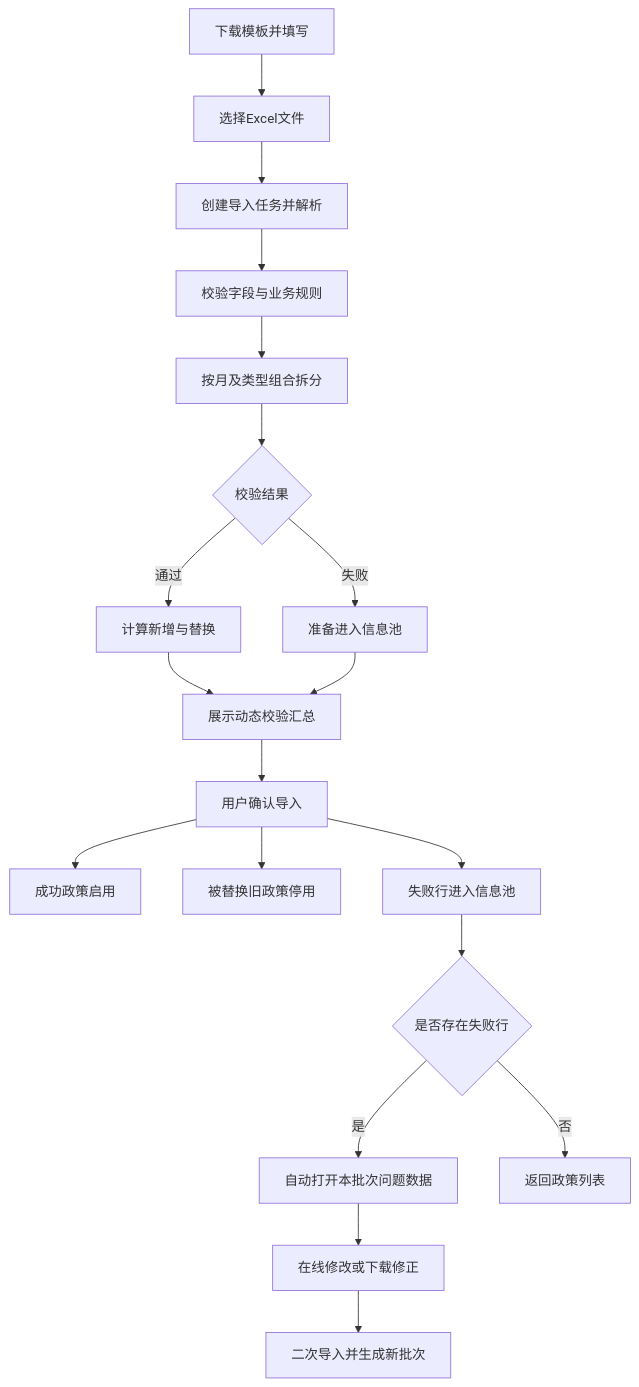
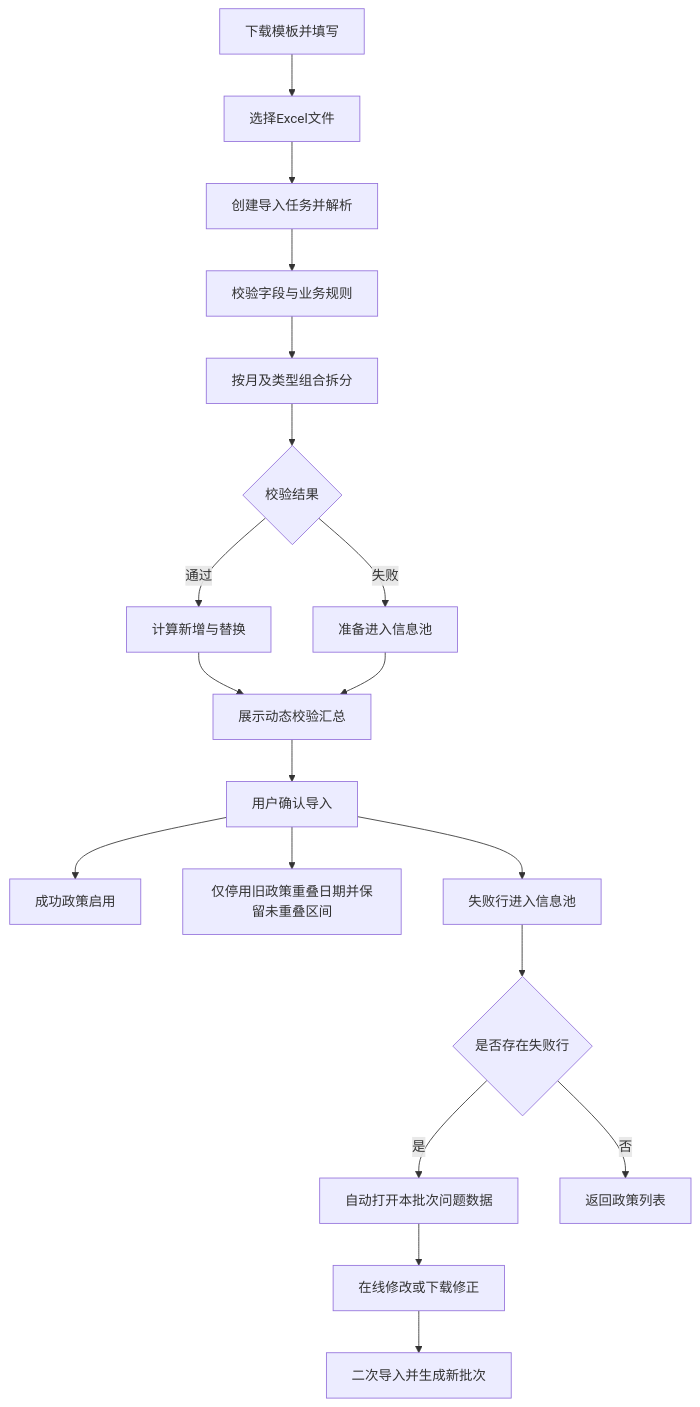
Before and after one commit to lichen-lc123/wangdianfanli: the first of 2 diagrams in 03-产品设计/业务PRD/政策导入业务PRD.md, drawn with Mermaid. The commit also changed other lines of this file and 22 other files, not shown here.

````diff
--- a/03-产品设计/业务PRD/政策导入业务PRD.md
+++ b/03-产品设计/业务PRD/政策导入业务PRD.md
@@ -54,21 +54,21 @@
 ```mermaid
 flowchart TD
     A[下载模板并填写] --> B[选择Excel文件]
     B --> C[创建导入任务并解析]
     C --> D[校验字段与业务规则]
     D --> E[按月及类型组合拆分]
     E --> F{校验结果}
     F -->|通过| G[计算新增与替换]
     F -->|失败| H[准备进入信息池]
     G --> I[展示动态校验汇总]
     H --> I
     I --> J[用户确认导入]
     J --> K[成功政策启用]
-    J --> L[被替换旧政策停用]
+    J --> L[仅停用旧政策重叠日期并保留未重叠区间]
     J --> M[失败行进入信息池]
     M --> N{是否存在失败行}
     N -->|是| O[自动打开本批次问题数据]
     N -->|否| P[返回政策列表]
     O --> Q[在线修改或下载修正]
     Q --> R[二次导入并生成新批次]
 ```
````
